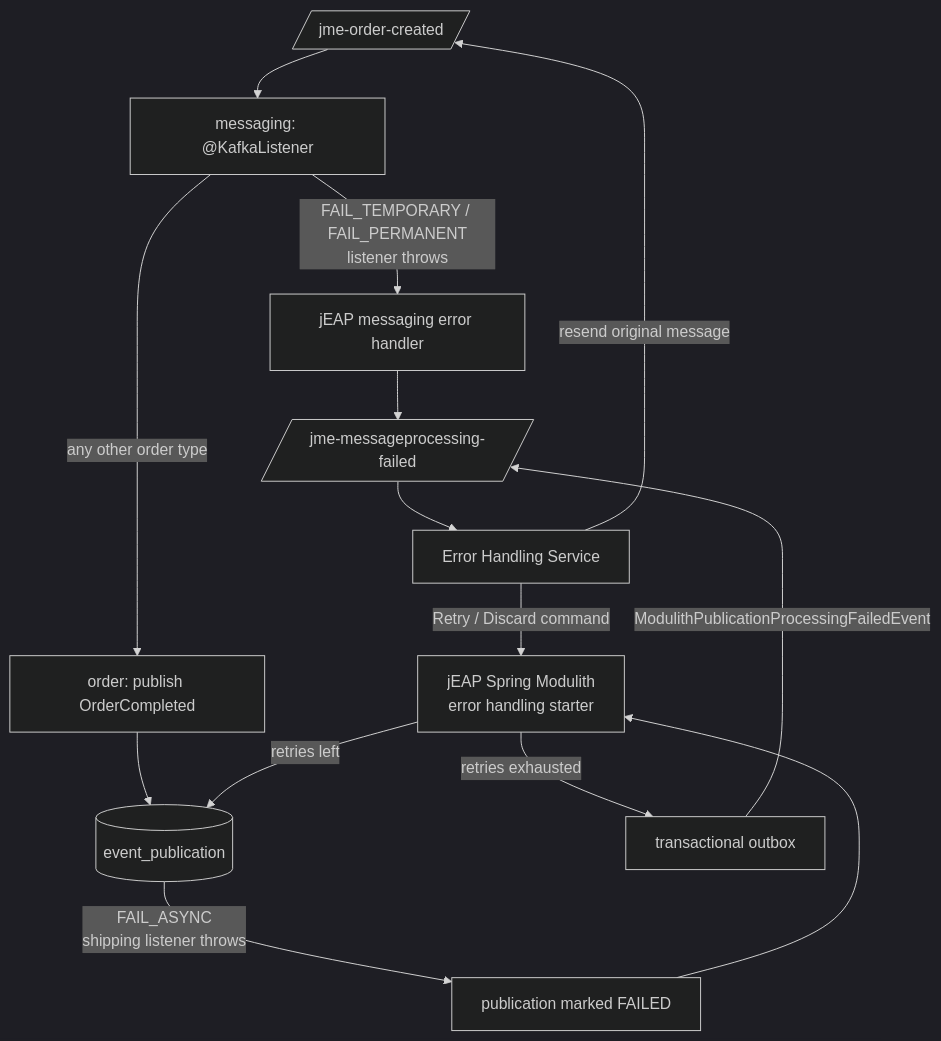
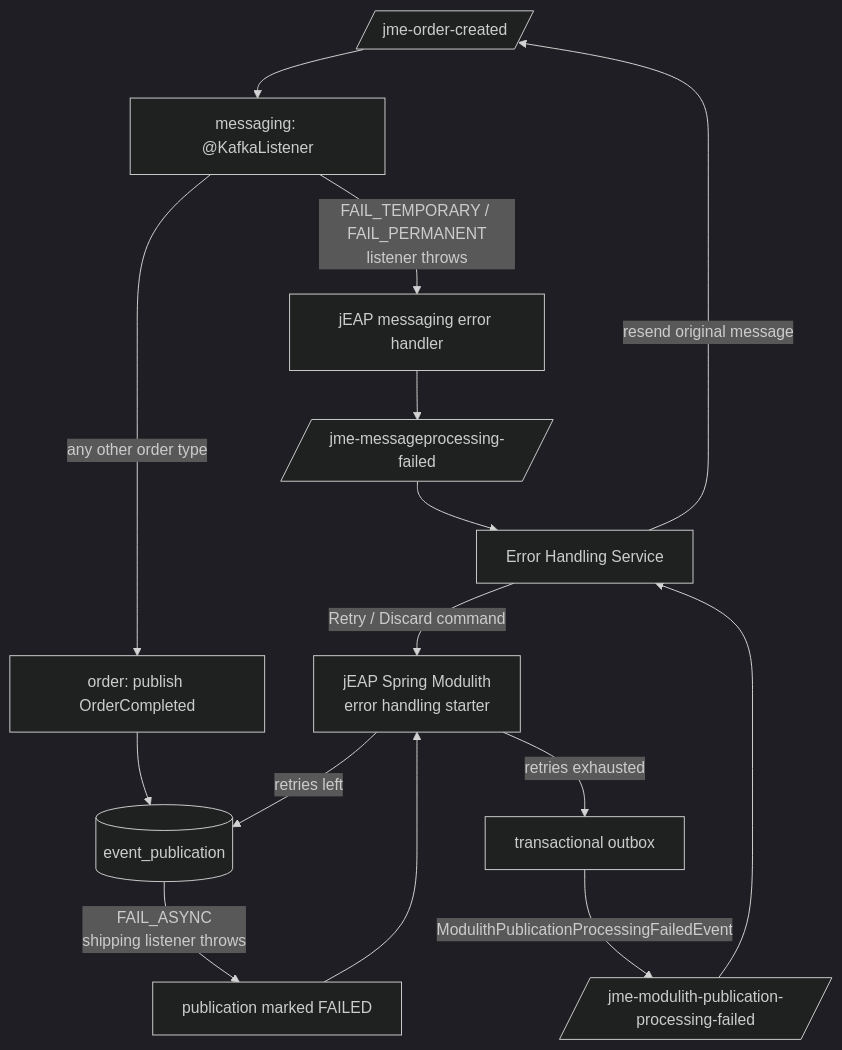
The fourth of 5 diagrams in docs/architecture.md (jme-admin-ch/jme-spring-modulith-example), drawn with Mermaid (dark theme) before and after one commit. The commit also changed other lines of this file and 9 other files, not shown here.

````diff
--- a/docs/architecture.md
+++ b/docs/architecture.md
@@ -139,18 +139,19 @@
 ```mermaid
 flowchart TB
     K[/"jme-order-created"/] --> C["messaging: @KafkaListener"]
 
     C -->|" FAIL_TEMPORARY / FAIL_PERMANENT<br/>listener throws "| EH["jEAP messaging error handler"]
     EH --> ET[/"jme-messageprocessing-failed"/]
     ET --> EHS["Error Handling Service"]
     EHS -->|" resend original message "| K
 
     C -->|" any other order type "| ORD["order: publish OrderCompleted"]
     ORD --> REG[("event_publication")]
     REG -->|" FAIL_ASYNC<br/>shipping listener throws "| F["publication marked FAILED"]
     F --> STARTER["jEAP Spring Modulith<br/>error handling starter"]
     STARTER -->|" retries left "| REG
     STARTER -->|" retries exhausted "| OUTBOX["transactional outbox"]
-    OUTBOX -->|" ModulithPublicationProcessingFailedEvent "| ET
+    OUTBOX -->|" ModulithPublicationProcessingFailedEvent "| MET[/"jme-modulith-publication-processing-failed"/]
+    MET --> EHS
     EHS -->|" Retry / Discard command "| STARTER
 ```
````
